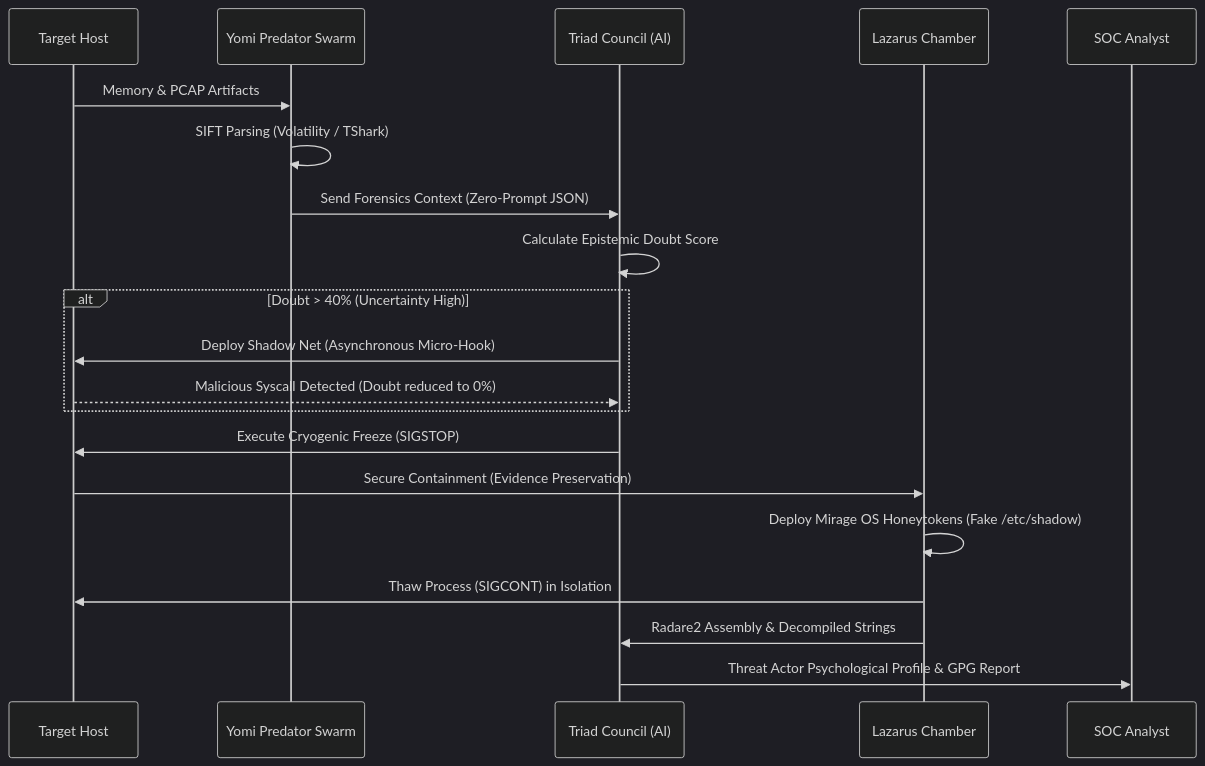
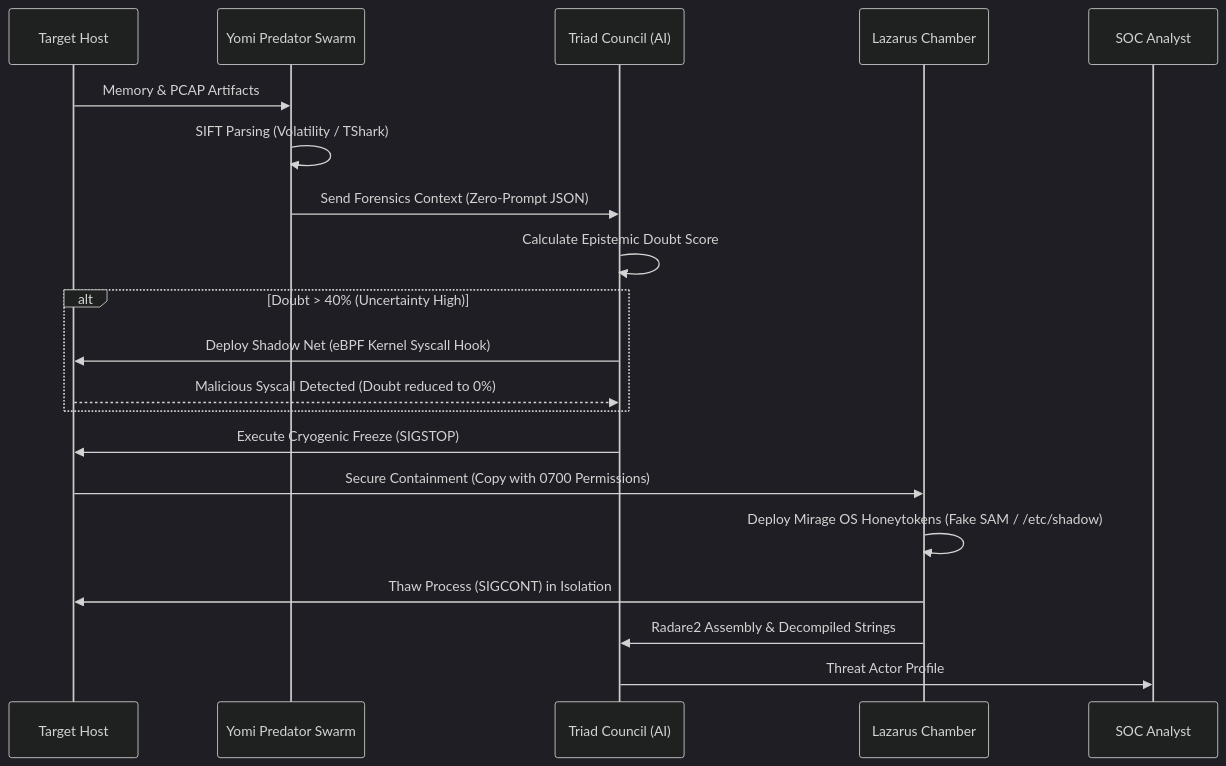
The second of 2 diagrams in README.md (ArcVielLouvent/yomi-triage-system), drawn with Mermaid (dark theme) before and after one commit. The commit also changed other lines of this file and 1 other file, not shown here.

````diff
--- a/README.md
+++ b/README.md
@@ -44,24 +53,26 @@
 ```mermaid
 sequenceDiagram;
     participant Target as Target Host
     participant Swarm as Yomi Predator Swarm
     participant AI as Triad Council (AI)
     participant Sandbox as Lazarus Chamber
     participant Analyst as SOC Analyst
 
     Target->>Swarm: Memory & PCAP Artifacts
     Swarm->>Swarm: SIFT Parsing (Volatility / TShark)
     Swarm->>AI: Send Forensics Context (Zero-Prompt JSON)
     AI->>AI: Calculate Epistemic Doubt Score
+
     alt Doubt > 40% (Uncertainty High)
-        AI->>Target: Deploy Shadow Net (Asynchronous Micro-Hook)
+        AI->>Target: Deploy Shadow Net (eBPF Kernel Syscall Hook)
         Target-->>AI: Malicious Syscall Detected (Doubt reduced to 0%)
     end
+
     AI->>Target: Execute Cryogenic Freeze (SIGSTOP)
-    Target->>Sandbox: Secure Containment (Evidence Preservation)
-    Sandbox->>Sandbox: Deploy Mirage OS Honeytokens (Fake /etc/shadow)
+    Target->>Sandbox: Secure Containment (Copy with 0700 Permissions)
+    Sandbox->>Sandbox: Deploy Mirage OS Honeytokens (Fake SAM / /etc/shadow)
     Sandbox->>Target: Thaw Process (SIGCONT) in Isolation
     Sandbox->>AI: Radare2 Assembly & Decompiled Strings
-    AI->>Analyst: Threat Actor Psychological Profile & GPG Report
+    AI->>Analyst: Threat Actor Profile
 
 ```
````
